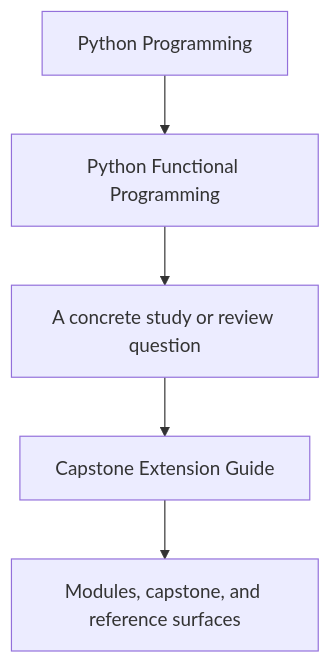
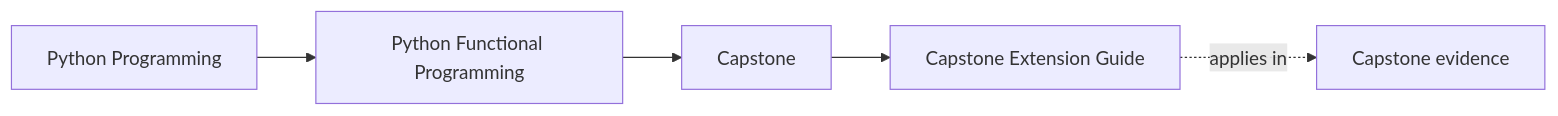
Before and after one commit to bijux/bijux-masterclass: the first of 2 diagrams in programs/python-programming/python-functional-programming/course-book/capstone/capstone-extension-guide.md, drawn with Mermaid. The commit also changed other lines of this file and 108 other files, not shown here.

Commit message:
docs(python-functional-programming): map capstone and advanced design surfaces

````diff
--- a/programs/python-programming/python-functional-programming/course-book/capstone/capstone-extension-guide.md
+++ b/programs/python-programming/python-functional-programming/course-book/capstone/capstone-extension-guide.md
@@ -7,7 +7,11 @@
 ```mermaid
-flowchart TD
-  family["Python Programming"] --> program["Python Functional Programming"]
-  program --> pressure["A concrete study or review question"]
-  pressure --> guide["Capstone Extension Guide"]
-  guide --> next["Modules, capstone, and reference surfaces"]
+graph LR
+  family["Python Programming"]
+  program["Python Functional Programming"]
+  section["Capstone"]
+  page["Capstone Extension Guide"]
+  capstone["Capstone evidence"]
+
+  family --> program --> section --> page
+  page -.applies in.-> capstone
 ```
````
